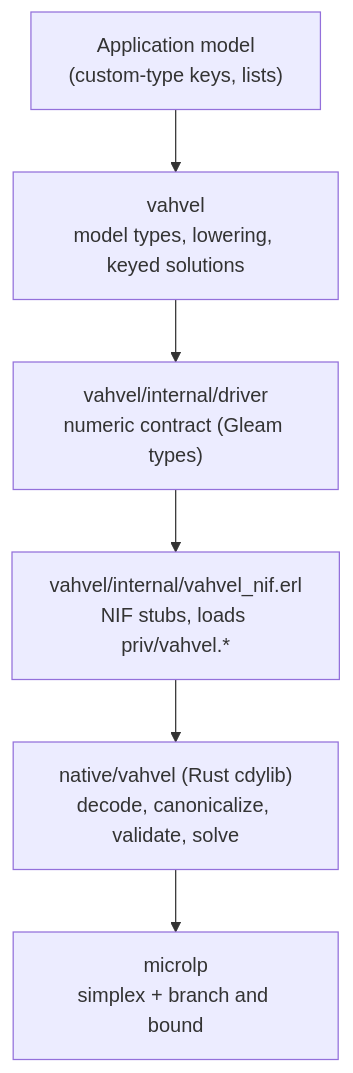
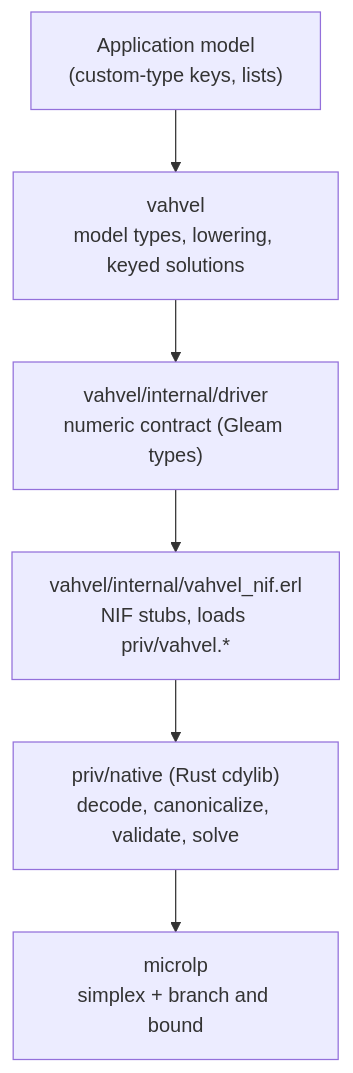
One commit to heinosoo/vahvel changed the first of 2 diagrams in ARCHITECTURE.md. Above: the diagram before and after it, drawn with Mermaid. The commit also changed other lines of this file and 19 other files, not shown here.

````diff
--- a/ARCHITECTURE.md
+++ b/ARCHITECTURE.md
@@ -15,9 +15,9 @@
 ```mermaid
 flowchart TD
   A["Application model<br/>(custom-type keys, lists)"] --> B
   B["vahvel<br/>model types, lowering, keyed solutions"] --> C
   C["vahvel/internal/driver<br/>numeric contract (Gleam types)"] --> D
   D["vahvel/internal/vahvel_nif.erl<br/>NIF stubs, loads priv/vahvel.*"] --> E
-  E["native/vahvel (Rust cdylib)<br/>decode, canonicalize, validate, solve"] --> F
+  E["priv/native (Rust cdylib)<br/>decode, canonicalize, validate, solve"] --> F
   F["microlp<br/>simplex + branch and bound"]
 ```
````
